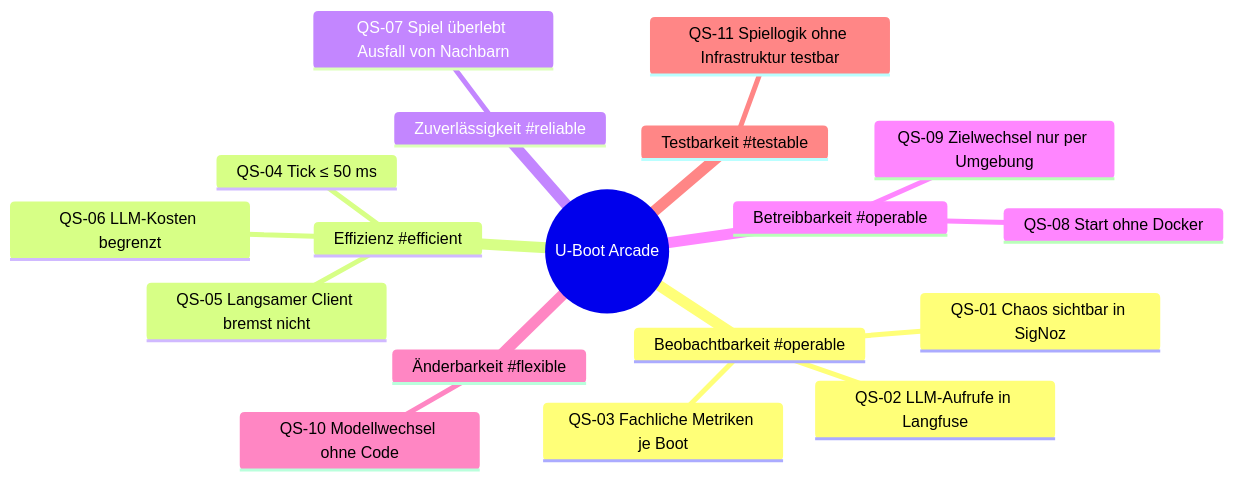
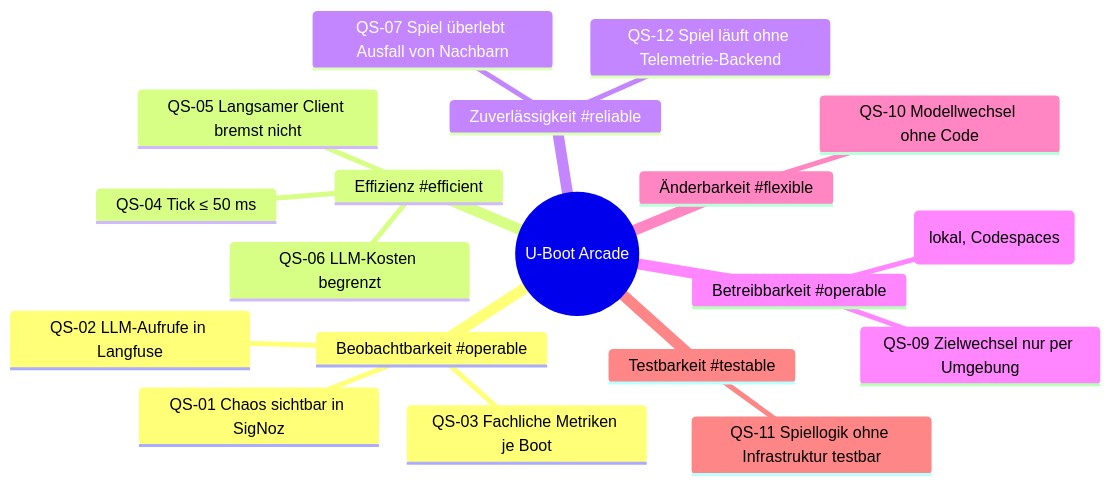
Before and after one commit to c-kaiser/u-boot-arcade: the diagram in arc-doc/10-Qualitaetsanforderungen/10-01-Qualitaetsbaum.md, drawn with Mermaid. The commit also changed other lines of this file and 5 other files, not shown here.

Commit message:
arc42: Start ohne Docker lokal/Codespaces und Betrieb ohne Telemetrie-Backend, Teilnehmende keine Stakeholder

````diff
--- a/arc-doc/10-Qualitaetsanforderungen/10-01-Qualitaetsbaum.md
+++ b/arc-doc/10-Qualitaetsanforderungen/10-01-Qualitaetsbaum.md
@@ -6,21 +6,22 @@
 ```mermaid
 mindmap
   root((U-Boot Arcade))
     Beobachtbarkeit #operable
       QS-01 Chaos sichtbar in SigNoz
       QS-02 LLM-Aufrufe in Langfuse
       QS-03 Fachliche Metriken je Boot
     Effizienz #efficient
       QS-04 Tick ≤ 50 ms
       QS-05 Langsamer Client bremst nicht
       QS-06 LLM-Kosten begrenzt
     Zuverlässigkeit #reliable
       QS-07 Spiel überlebt Ausfall von Nachbarn
+      QS-12 Spiel läuft ohne Telemetrie-Backend
     Betreibbarkeit #operable
-      QS-08 Start ohne Docker
+      QS-08 Start ohne Docker (lokal, Codespaces)
       QS-09 Zielwechsel nur per Umgebung
     Änderbarkeit #flexible
       QS-10 Modellwechsel ohne Code
     Testbarkeit #testable
       QS-11 Spiellogik ohne Infrastruktur testbar
 ```
````
